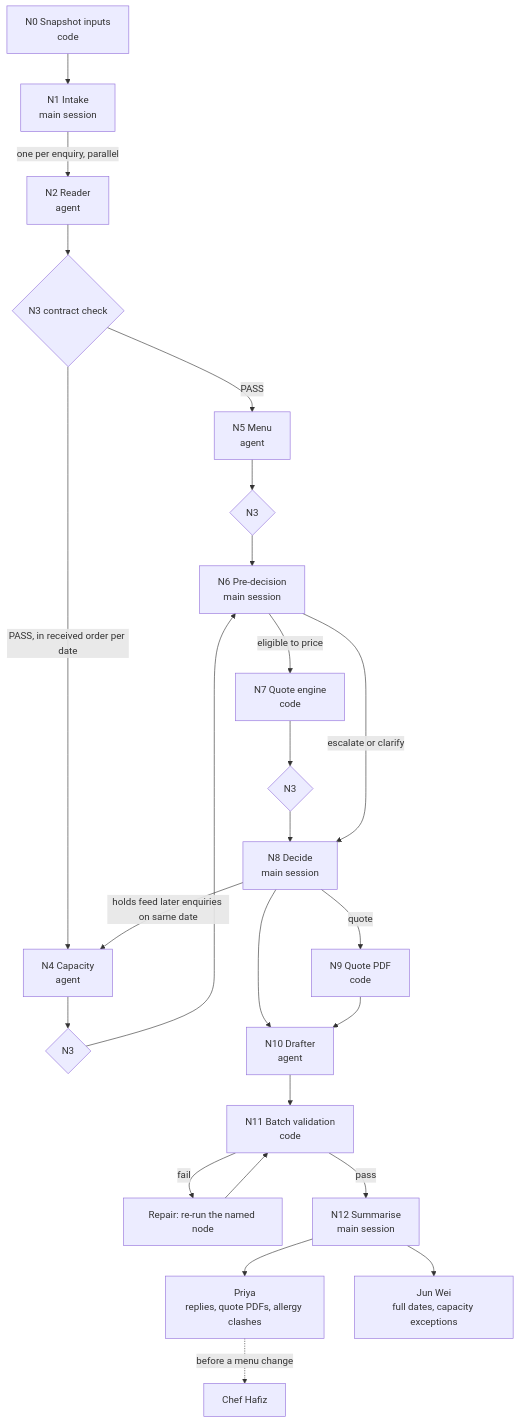
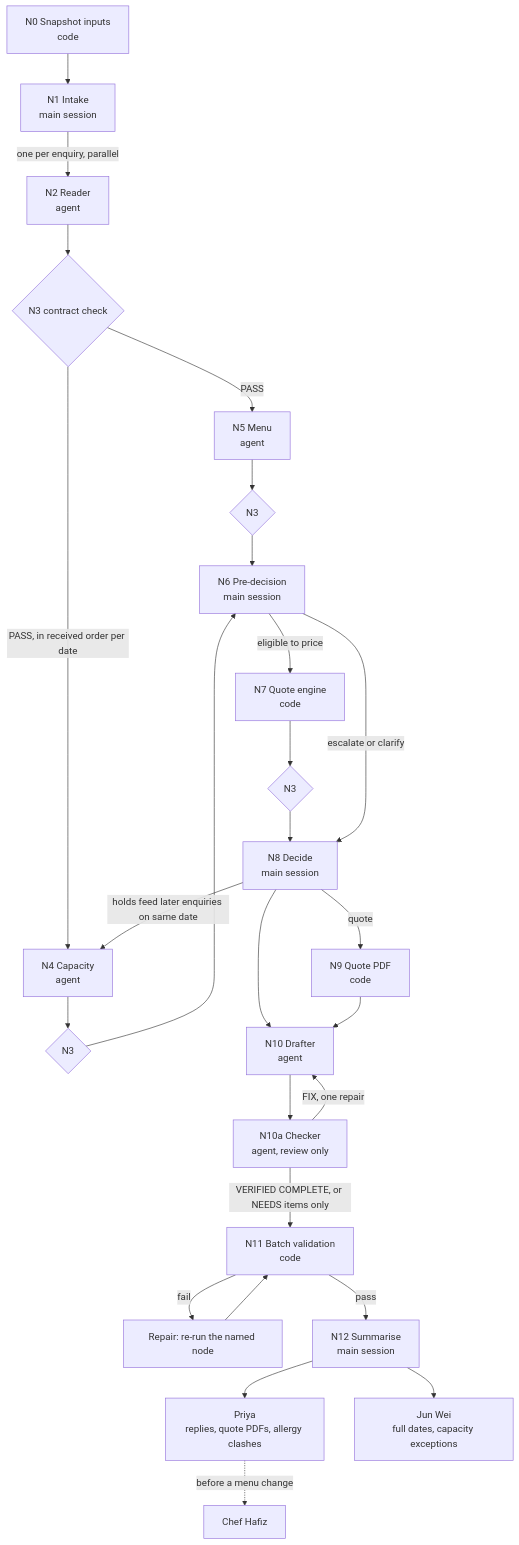
One commit to yinglarp/quote-studio changed the diagram in design/graph.md. Above: the diagram before and after it, drawn with Mermaid. The commit also changed other lines of this file and 1 other file, not shown here.

First line of the commit message:
Add the Checker to the Desk graph and the /run-desk skill

````diff
--- a/design/graph.md
+++ b/design/graph.md
@@ -82,27 +83,29 @@
 ```mermaid
 flowchart TD
     N0[N0 Snapshot inputs<br/>code] --> N1[N1 Intake<br/>main session]
     N1 -->|one per enquiry, parallel| N2[N2 Reader<br/>agent]
     N2 --> C1{N3 contract check}
     C1 -->|PASS| N5[N5 Menu<br/>agent]
     C1 -->|PASS, in received order per date| N4[N4 Capacity<br/>agent]
     N5 --> C2{N3}
     N4 --> C3{N3}
     C2 --> N6[N6 Pre-decision<br/>main session]
     C3 --> N6
     N6 -->|eligible to price| N7[N7 Quote engine<br/>code]
     N7 --> C4{N3}
     C4 --> N8[N8 Decide<br/>main session]
     N6 -->|escalate or clarify| N8
     N8 -->|holds feed later enquiries on same date| N4
     N8 -->|quote| N9[N9 Quote PDF<br/>code]
     N8 --> N10[N10 Drafter<br/>agent]
     N9 --> N10
-    N10 --> N11[N11 Batch validation<br/>code]
+    N10 --> N10a[N10a Checker<br/>agent, review only]
+    N10a -->|FIX, one repair| N10
+    N10a -->|VERIFIED COMPLETE, or NEEDS items only| N11[N11 Batch validation<br/>code]
     N11 -->|fail| FIX[Repair: re-run the named node]
     FIX --> N11
     N11 -->|pass| N12[N12 Summarise<br/>main session]
     N12 --> P1[Priya<br/>replies, quote PDFs, allergy clashes]
     N12 --> P2[Jun Wei<br/>full dates, capacity exceptions]
     P1 -.->|before a menu change| P3[Chef Hafiz]
 ```
````
